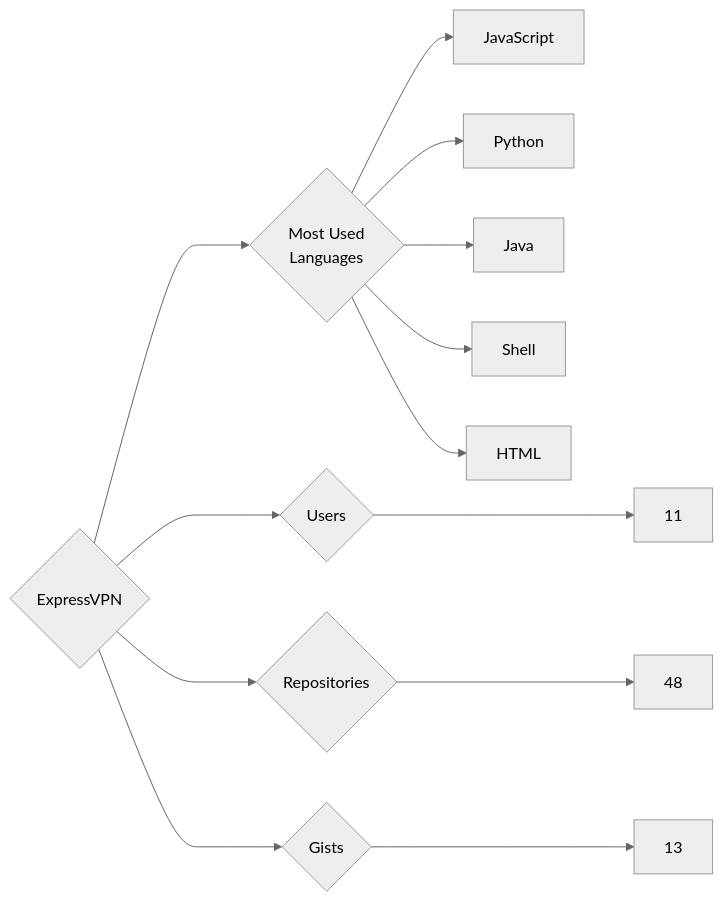
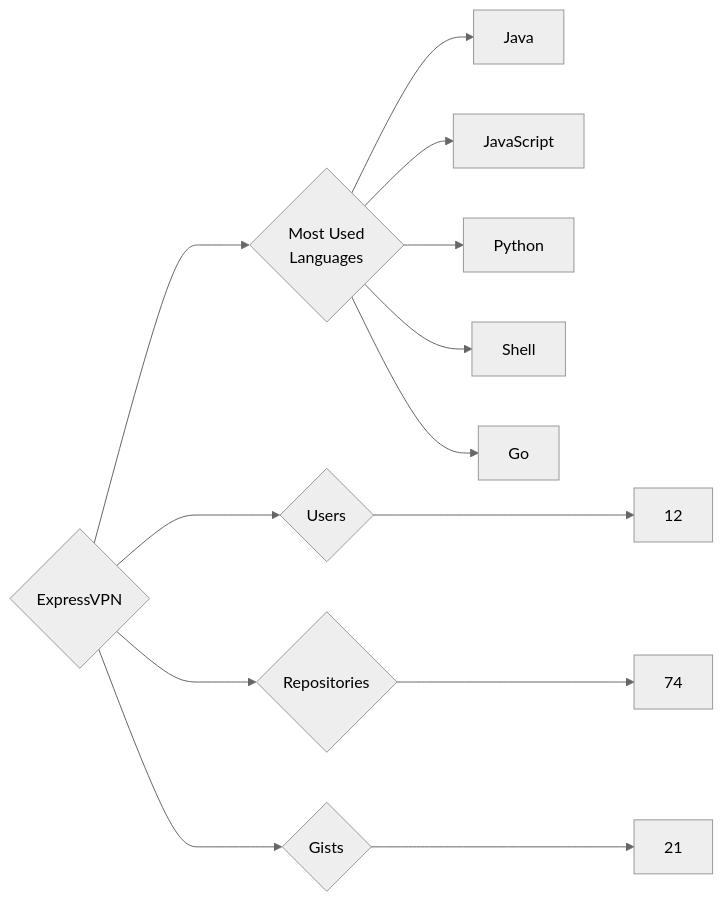
The diagram in targets/ExpressVPN/README.md (trickest/insiders), drawn with Mermaid (neutral theme) before and after one commit. The commit also changed 924 other files, not shown here.

````diff
--- a/targets/ExpressVPN/README.md
+++ b/targets/ExpressVPN/README.md
@@ -3,13 +3,13 @@
 ```mermaid
 graph LR
 COMPANY_NAME{ExpressVPN}
-COMPANY_NAME ---> U{Users} ---> UN[11]
-COMPANY_NAME ---> R{Repositories} ---> RN[48]
-COMPANY_NAME ---> G{Gists} ---> GN[13]
+COMPANY_NAME ---> U{Users} ---> UN[12]
+COMPANY_NAME ---> R{Repositories} ---> RN[74]
+COMPANY_NAME ---> G{Gists} ---> GN[21]
 COMPANY_NAME ---> ML{Most Used<br>Languages}
+ML --> Java[Java]
 ML --> JavaScript[JavaScript]
 ML --> Python[Python]
-ML --> Java[Java]
 ML --> Shell[Shell]
-ML --> HTML[HTML]
+ML --> Go[Go]
 ```
````
